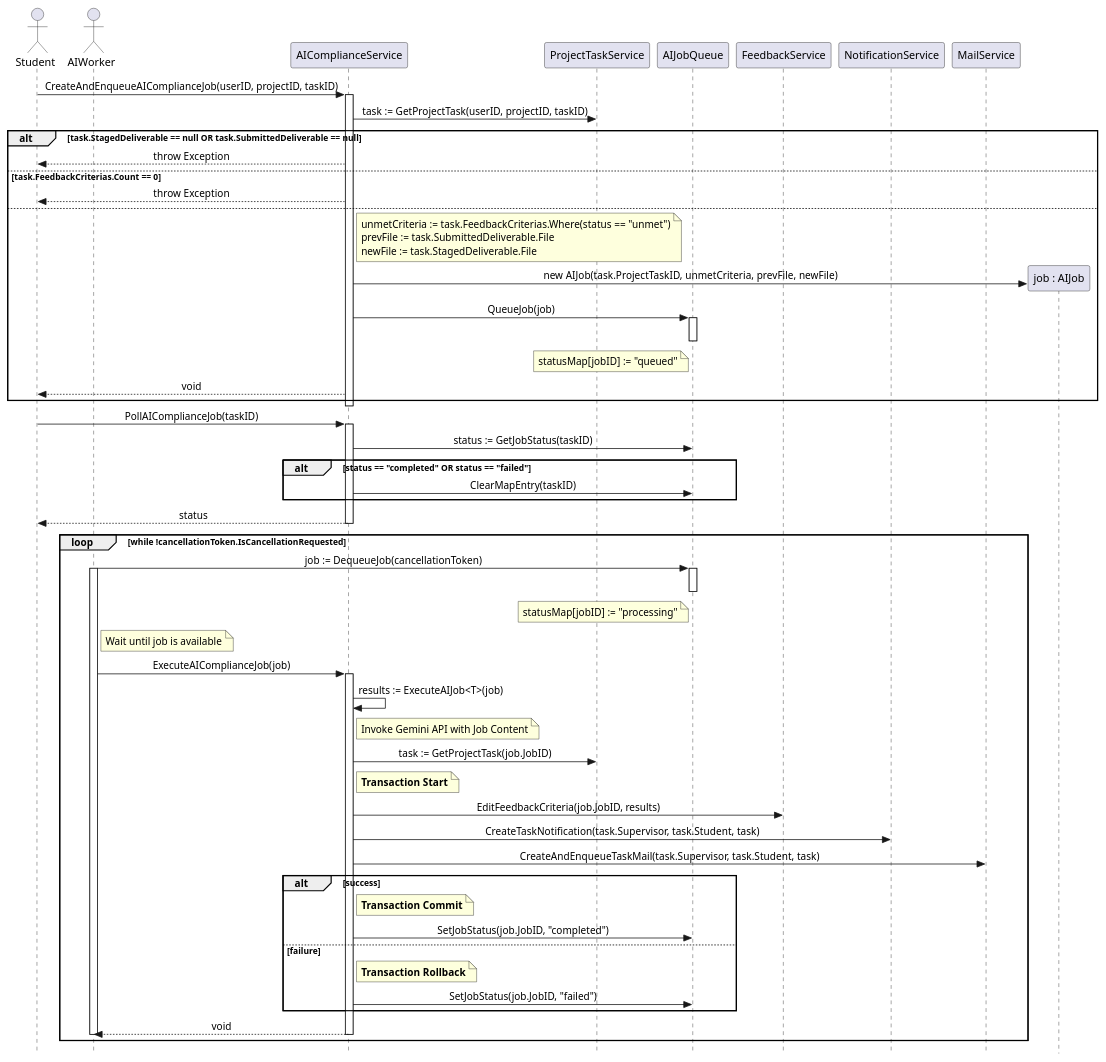
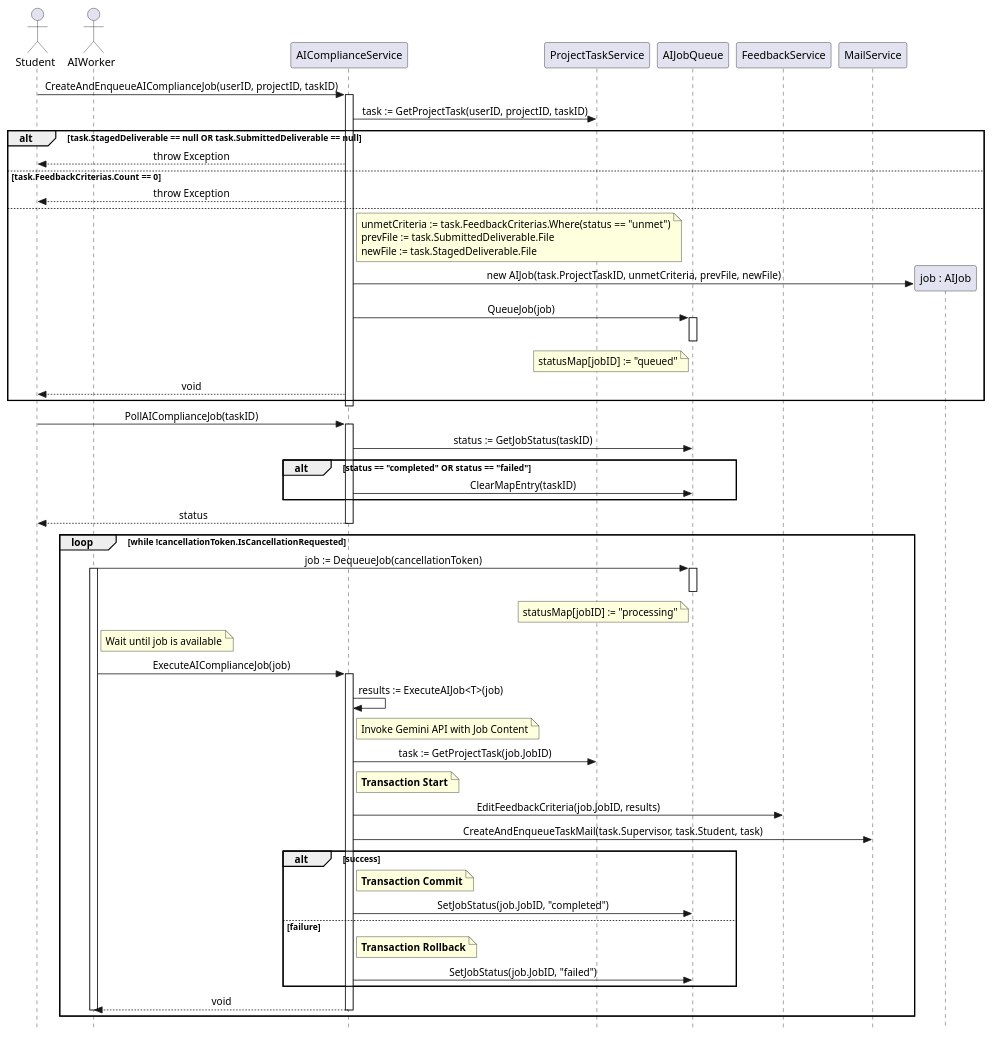
One commit to Beginner50/Dissertation changed the diagram in UML/Sequence Diagrams/AI Compliance.plantuml. Above: the diagram before and after it, drawn with PlantUML. The commit also changed 269 other files, not shown here.

```diff
--- a/UML/Sequence Diagrams/AI Compliance.plantuml
+++ b/UML/Sequence Diagrams/AI Compliance.plantuml
@@ -1,83 +1,81 @@
 @startuml
 skinparam Style strictuml
 skinparam SequenceMessageAlignment center
 
 actor Student
 actor AIWorker
 participant "AIComplianceService" as ACS
 participant "ProjectTaskService" as PTS
 participant "AIJobQueue" as Q
 participant "FeedbackService" as FS
-participant "NotificationService" as NS
 participant "MailService" as MS
 
 Student -> ACS : CreateAndEnqueueAIComplianceJob(userID, projectID, taskID)
 activate ACS
     ACS -> PTS : task := GetProjectTask(userID, projectID, taskID)
     
     alt task.StagedDeliverable == null OR task.SubmittedDeliverable == null
         ACS --> Student : throw Exception
     else task.FeedbackCriterias.Count == 0
         ACS --> Student : throw Exception
     else
         note right of ACS
             unmetCriteria := task.FeedbackCriterias.Where(status == "unmet")
             prevFile := task.SubmittedDeliverable.File
             newFile := task.StagedDeliverable.File
         end note
         
         create participant "job : AIJob" as J
         ACS -> J : new AIJob(task.ProjectTaskID, unmetCriteria, prevFile, newFile)
         
         ACS -> Q : QueueJob(job)
         activate Q
             note left of Q : statusMap[jobID] := "queued"
         deactivate Q
         ACS --> Student : void
     end
 deactivate ACS
 
 Student -> ACS : PollAIComplianceJob(taskID)
 activate ACS
     ACS -> Q : status := GetJobStatus(taskID)
     
     alt status == "completed" OR status == "failed"
         ACS -> Q : ClearMapEntry(taskID)
     end
     ACS --> Student : status
 deactivate ACS
 
 loop while !cancellationToken.IsCancellationRequested
     AIWorker -> Q : job := DequeueJob(cancellationToken)
     activate AIWorker
     activate Q
         note left of Q : statusMap[jobID] := "processing"
     deactivate Q
 
     note right of AIWorker : Wait until job is available
     
     AIWorker -> ACS : ExecuteAIComplianceJob(job)
     activate ACS
         ACS -> ACS : results := ExecuteAIJob<T>(job)
         note right of ACS : Invoke Gemini API with Job Content
         
         ACS -> PTS : task := GetProjectTask(job.JobID)
         
         note right of ACS : **Transaction Start**
         ACS -> FS : EditFeedbackCriteria(job.JobID, results)
-        ACS -> NS : CreateTaskNotification(task.Supervisor, task.Student, task)
         ACS -> MS : CreateAndEnqueueTaskMail(task.Supervisor, task.Student, task)
         
         alt success
             note right of ACS : **Transaction Commit**
             ACS -> Q : SetJobStatus(job.JobID, "completed")
         else failure
             note right of ACS : **Transaction Rollback**
             ACS -> Q : SetJobStatus(job.JobID, "failed")
         end
         ACS --> AIWorker : void
     deactivate ACS
     deactivate AIWorker
 end
 
 @enduml
```
